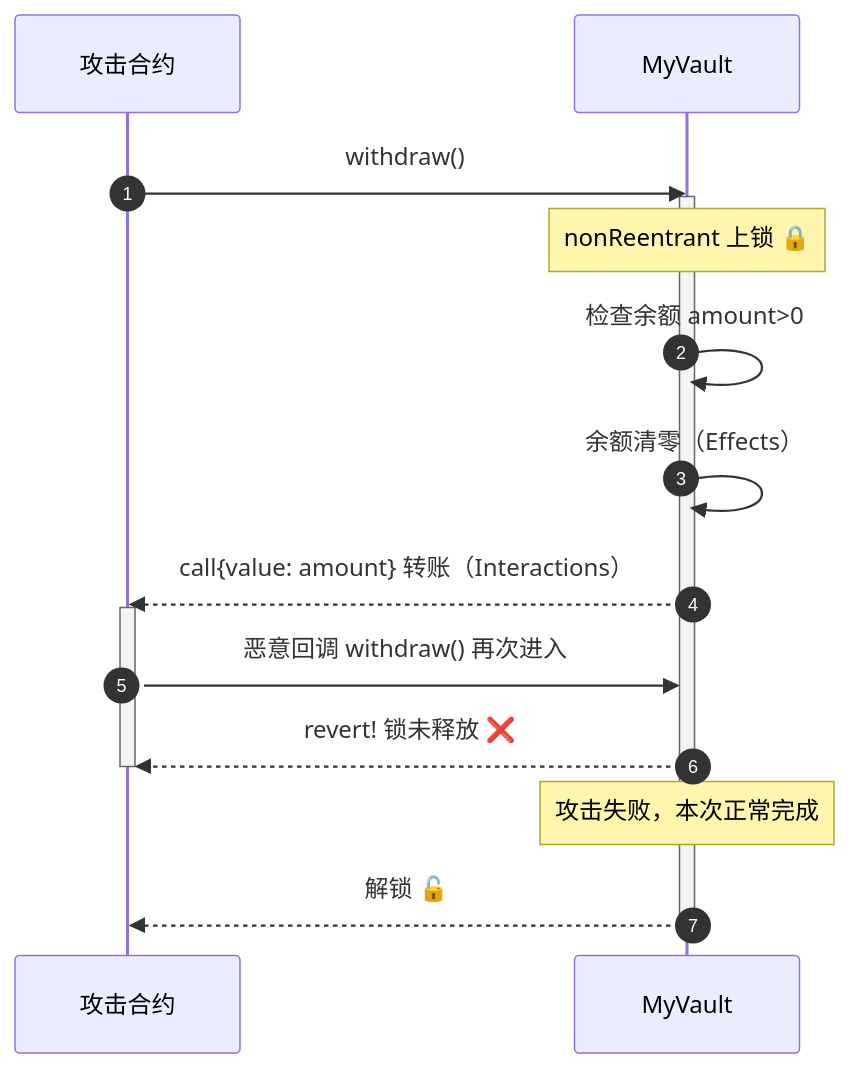
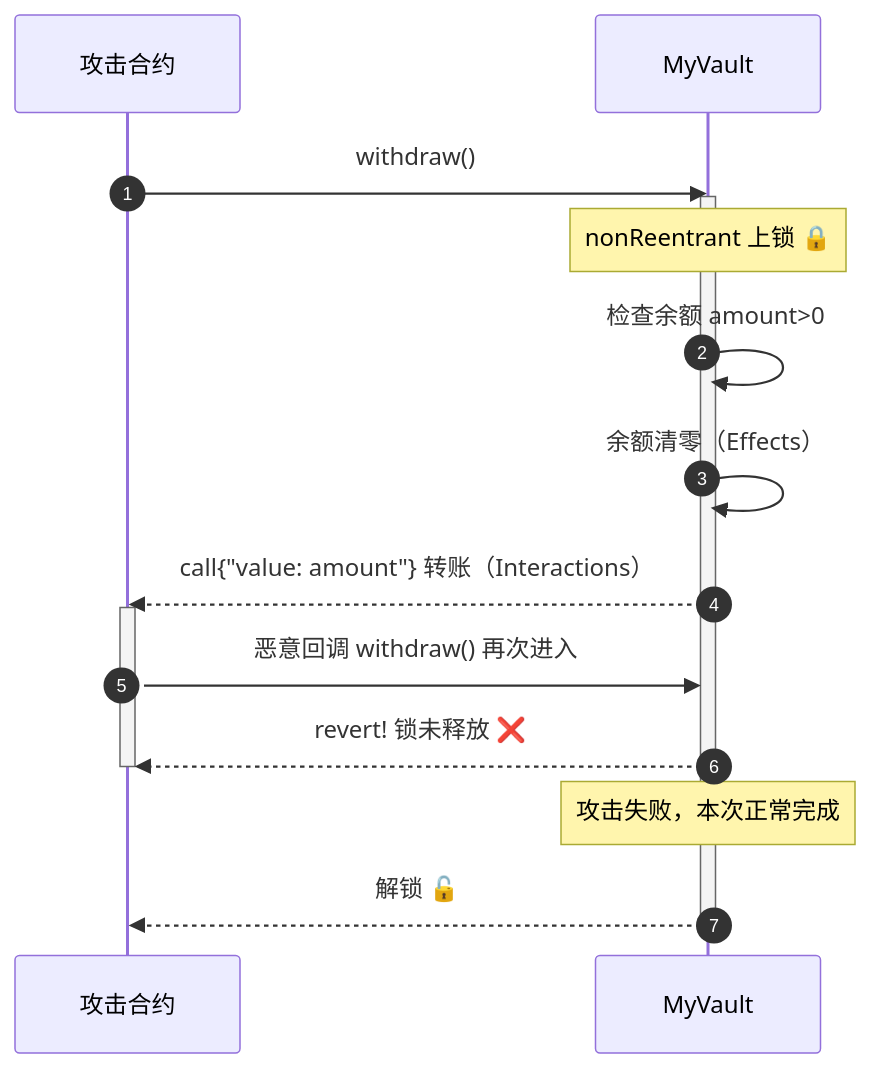
One commit to boyley/web3-learning changed the diagram in 05-openzeppelin/08-reentrancy-guard/README.md. Above: the diagram before and after it, drawn with Mermaid. The commit also changed 71 other files, not shown here.

First line of the commit message:
fix: 全库修复 Mermaid 词法错误

````diff
--- a/05-openzeppelin/08-reentrancy-guard/README.md
+++ b/05-openzeppelin/08-reentrancy-guard/README.md
@@ -18,20 +18,20 @@
 ```mermaid
 sequenceDiagram
     autonumber
     participant A as 攻击合约
     participant V as MyVault
 
     A->>V: withdraw()
     activate V
     Note over V: nonReentrant 上锁 🔒
     V->>V: 检查余额 amount>0
     V->>V: 余额清零（Effects）
-    V-->>A: call{value: amount}  转账（Interactions）
+    V-->>A: call{"value: amount"}  转账（Interactions）
     activate A
     A->>V: 恶意回调 withdraw()  再次进入
     V-->>A: revert! 锁未释放 ❌
     deactivate A
     Note over V: 攻击失败，本次正常完成
     V-->>A: 解锁 🔓
     deactivate V
 ```
````
